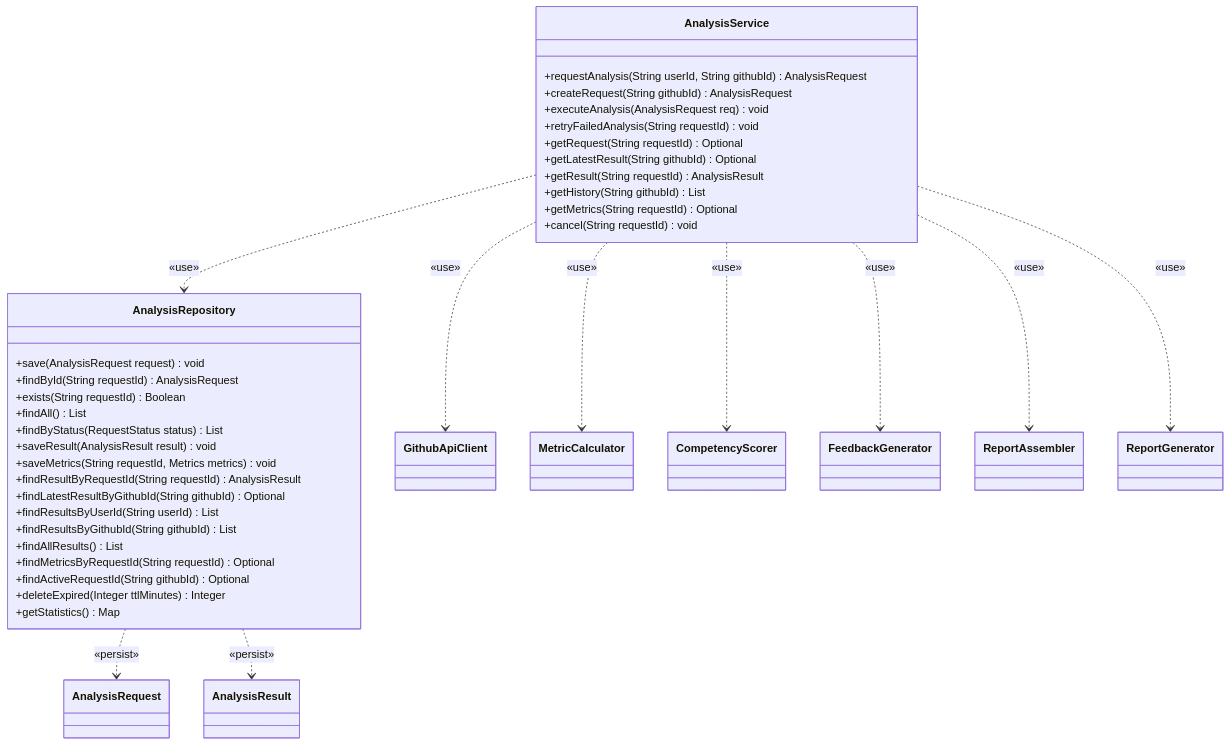
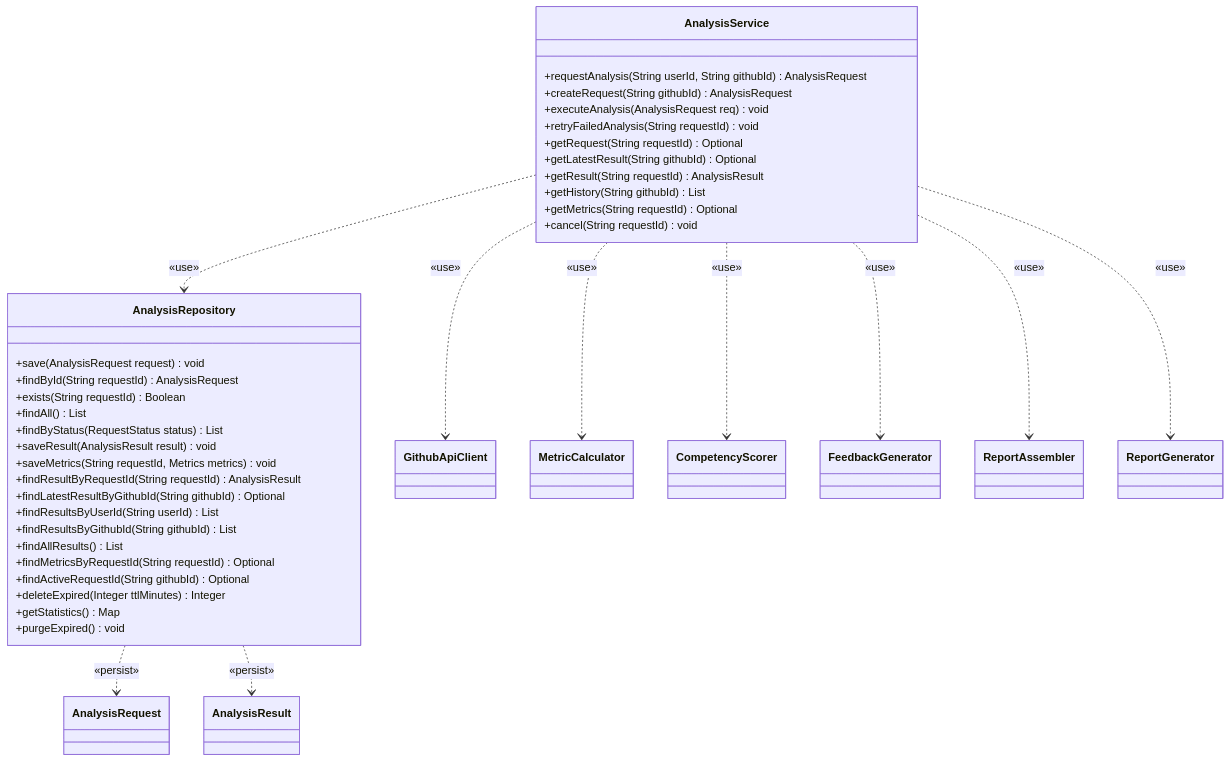
One commit to NotHyoone/OSS_Design changed the ninth of 15 diagrams in Design_[22212046_안효원].md. Above: the diagram before and after it, drawn with Mermaid. The commit also changed other lines of this file and 2 other files, not shown here.

Commit message:
docs: sync design spec with implemented classes and flows

````diff
--- a/Design_[22212046_안효원].md
+++ b/Design_[22212046_안효원].md
@@ -596,46 +614,47 @@
 ```mermaid
 classDiagram
     direction TB
 
     class AnalysisService {
         +requestAnalysis(String userId, String githubId) AnalysisRequest
         +createRequest(String githubId) AnalysisRequest
         +executeAnalysis(AnalysisRequest req) void
         +retryFailedAnalysis(String requestId) void
         +getRequest(String requestId) Optional
         +getLatestResult(String githubId) Optional
         +getResult(String requestId) AnalysisResult
         +getHistory(String githubId) List
         +getMetrics(String requestId) Optional
         +cancel(String requestId) void
     }
 
     class AnalysisRepository {
         +save(AnalysisRequest request) void
         +findById(String requestId) AnalysisRequest
         +exists(String requestId) Boolean
         +findAll() List
         +findByStatus(RequestStatus status) List
         +saveResult(AnalysisResult result) void
         +saveMetrics(String requestId, Metrics metrics) void
         +findResultByRequestId(String requestId) AnalysisResult
         +findLatestResultByGithubId(String githubId) Optional
         +findResultsByUserId(String userId) List
         +findResultsByGithubId(String githubId) List
         +findAllResults() List
         +findMetricsByRequestId(String requestId) Optional
         +findActiveRequestId(String githubId) Optional
         +deleteExpired(Integer ttlMinutes) Integer
         +getStatistics() Map
+        +purgeExpired() void
     }
 
     AnalysisService ..> GithubApiClient : «use»
     AnalysisService ..> MetricCalculator : «use»
     AnalysisService ..> CompetencyScorer : «use»
     AnalysisService ..> FeedbackGenerator : «use»
     AnalysisService ..> ReportAssembler : «use»
     AnalysisService ..> ReportGenerator : «use»
     AnalysisService ..> AnalysisRepository : «use»
     AnalysisRepository ..> AnalysisRequest : «persist»
     AnalysisRepository ..> AnalysisResult : «persist»
 ```
````
